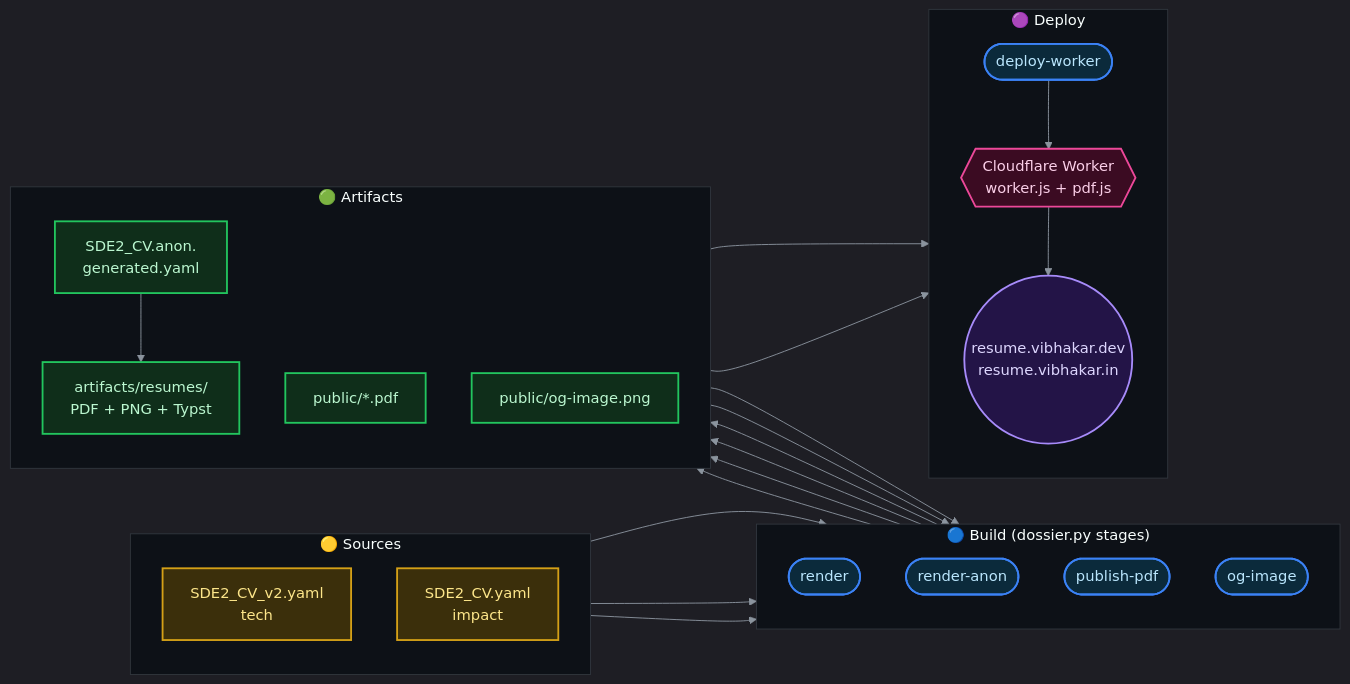
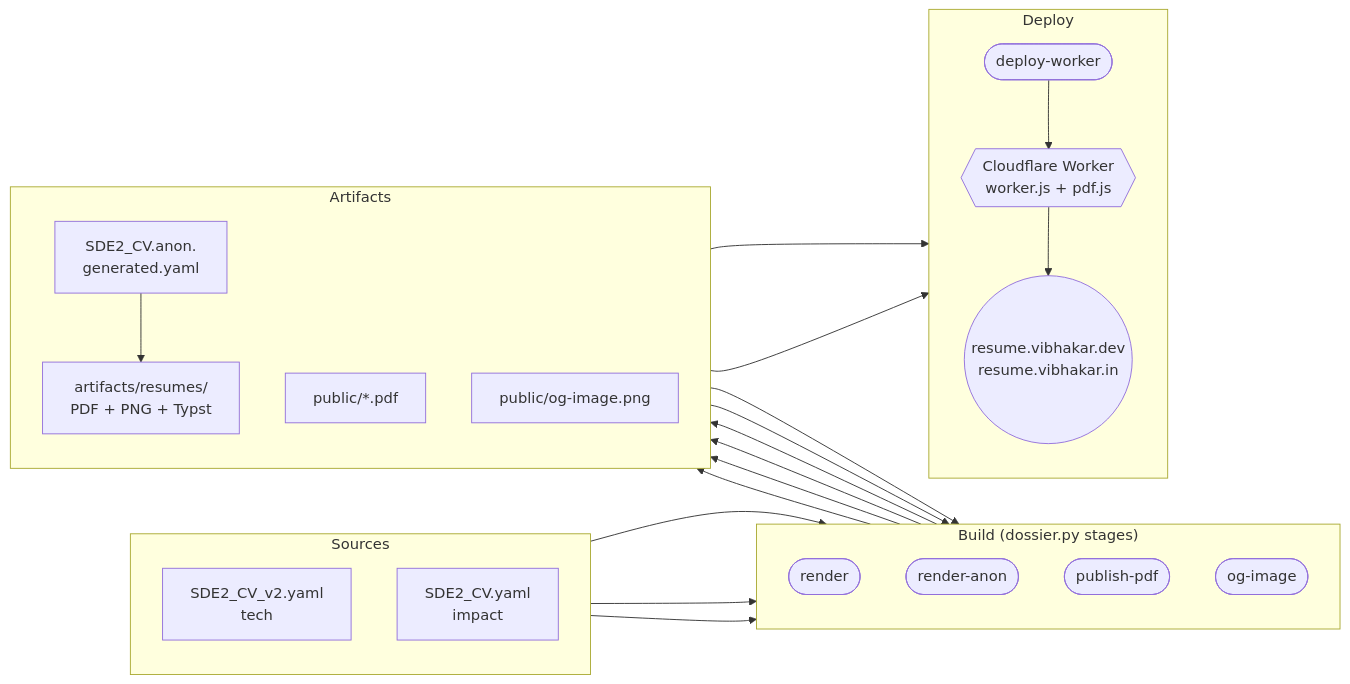
The diagram in README.md (MagneticNeedle/Dossier), drawn with Mermaid before and after one commit.

Commit message:
docs(readme): strip mermaid theming, use GitHub defaults

````diff
--- a/README.md
+++ b/README.md
@@ -15,58 +15,42 @@
 ```mermaid
-%%{init: {'theme':'dark', 'themeVariables': {
-    'background':'#0d1117',
-    'primaryColor':'#161b22',
-    'primaryTextColor':'#e6edf3',
-    'primaryBorderColor':'#30363d',
-    'lineColor':'#8b949e',
-    'clusterBkg':'#0d1117',
-    'clusterBorder':'#30363d',
-    'fontFamily':'ui-monospace, SFMono-Regular, monospace'
-}}}%%
 flowchart LR
-    classDef source   fill:#3b2f0b,stroke:#d4a017,stroke-width:2px,color:#fde68a
-    classDef stage    fill:#0b2a3b,stroke:#3b82f6,stroke-width:2px,color:#bae6fd
-    classDef artifact fill:#0f2e1a,stroke:#22c55e,stroke-width:2px,color:#bbf7d0
-    classDef deploy   fill:#3b0b22,stroke:#ec4899,stroke-width:2px,color:#fbcfe8
-    classDef edge     fill:#231447,stroke:#a78bfa,stroke-width:2px,color:#ddd6fe
-
-    subgraph SOURCES["🟡 Sources"]
+    subgraph SOURCES["Sources"]
         direction TB
-        TECH[SDE2_CV_v2.yaml<br/>tech]:::source
-        IMPACT[SDE2_CV.yaml<br/>impact]:::source
+        TECH[SDE2_CV_v2.yaml<br/>tech]
+        IMPACT[SDE2_CV.yaml<br/>impact]
     end
 
-    subgraph BUILD["🔵 Build (dossier.py stages)"]
+    subgraph BUILD["Build (dossier.py stages)"]
         direction TB
-        R([render]):::stage
-        RA([render-anon]):::stage
-        PP([publish-pdf]):::stage
-        OG([og-image]):::stage
+        R([render])
+        RA([render-anon])
+        PP([publish-pdf])
+        OG([og-image])
     end
 
-    subgraph ARTIFACTS["🟢 Artifacts"]
+    subgraph ARTIFACTS["Artifacts"]
         direction TB
-        ANON[SDE2_CV.anon.<br/>generated.yaml]:::artifact
-        PDFS[artifacts/resumes/<br/>PDF + PNG + Typst]:::artifact
-        PUB[public/*.pdf]:::artifact
-        OGIMG[public/og-image.png]:::artifact
+        ANON[SDE2_CV.anon.<br/>generated.yaml]
+        PDFS[artifacts/resumes/<br/>PDF + PNG + Typst]
+        PUB[public/*.pdf]
+        OGIMG[public/og-image.png]
     end
 
-    subgraph DEPLOY["🟣 Deploy"]
+    subgraph DEPLOY["Deploy"]
         direction TB
-        DW([deploy-worker]):::stage
-        CF{{Cloudflare Worker<br/>worker.js + pdf.js}}:::deploy
-        WEB((resume.vibhakar.dev<br/>resume.vibhakar.in)):::edge
+        DW([deploy-worker])
+        CF{{Cloudflare Worker<br/>worker.js + pdf.js}}
+        WEB((resume.vibhakar.dev<br/>resume.vibhakar.in))
     end
 
     TECH   --> R
     IMPACT --> R
     IMPACT --> RA
     RA     --> ANON --> PDFS
     R      --> PDFS
     PDFS   --> PP --> PUB
     PDFS   --> OG --> OGIMG
     PUB    --> DW
     OGIMG  --> DW
     DW     --> CF --> WEB
 ```
````
